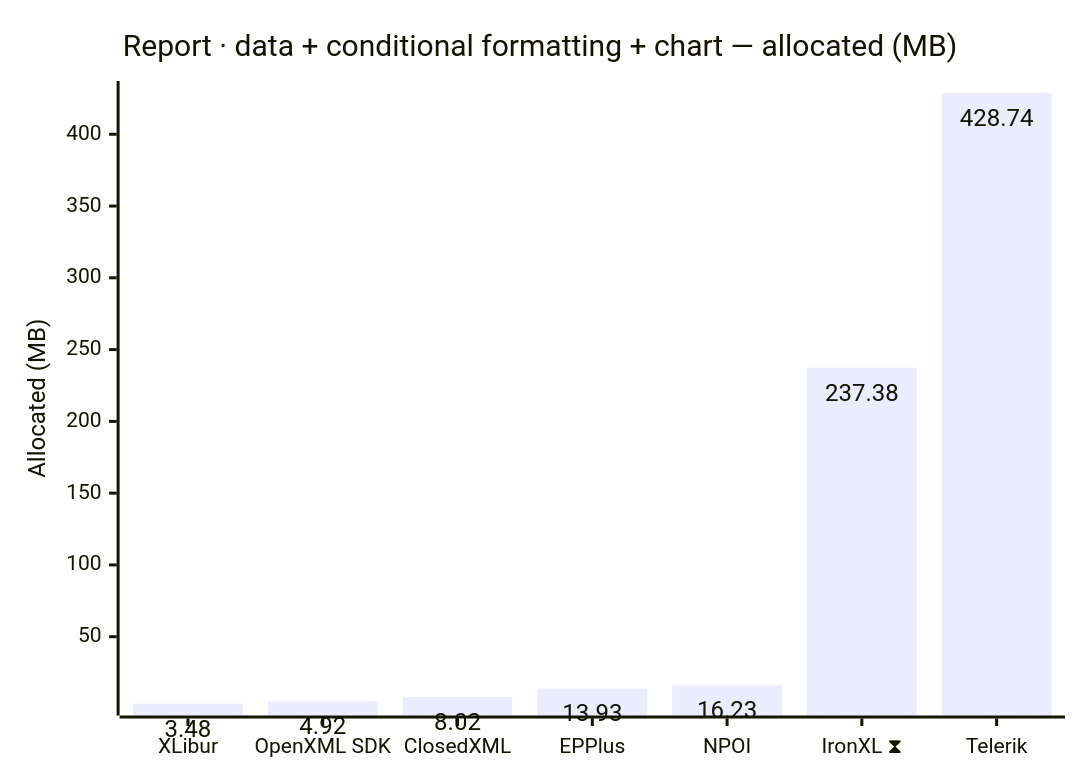
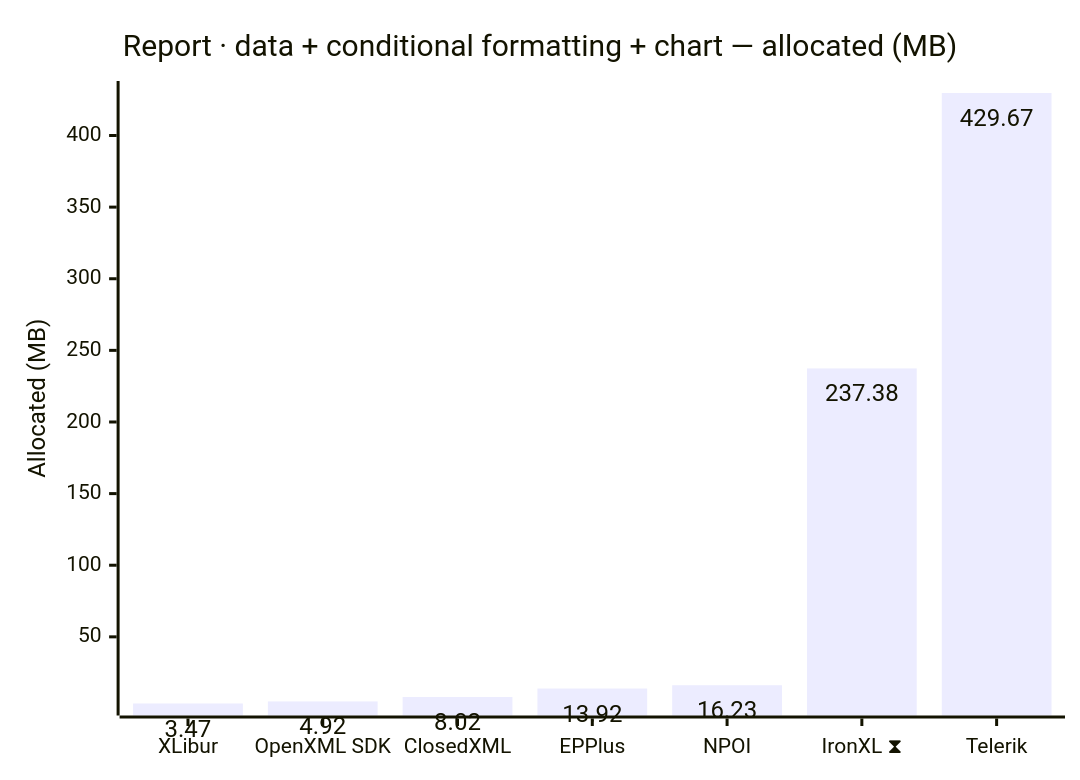
One commit to jafin/XLBench changed the eighth of 12 diagrams in docs/results.md. Above: the diagram before and after it, drawn with Mermaid. The commit also changed other lines of this file and 2 other files, not shown here.

````diff
--- a/docs/results.md
+++ b/docs/results.md
@@ -131,12 +131,12 @@
 ```mermaid
 ---
 config:
   xyChart:
     showDataLabel: true
 ---
 xychart-beta
     title "Report · data + conditional formatting + chart — allocated (MB)"
     x-axis ["XLibur", "OpenXML SDK", "ClosedXML", "EPPlus", "NPOI", "IronXL ⧗", "Telerik"]
     y-axis "Allocated (MB)"
-    bar [3.48, 4.92, 8.02, 13.93, 16.23, 237.38, 428.74]
+    bar [3.47, 4.92, 8.02, 13.92, 16.23, 237.38, 429.67]
 ```
````
